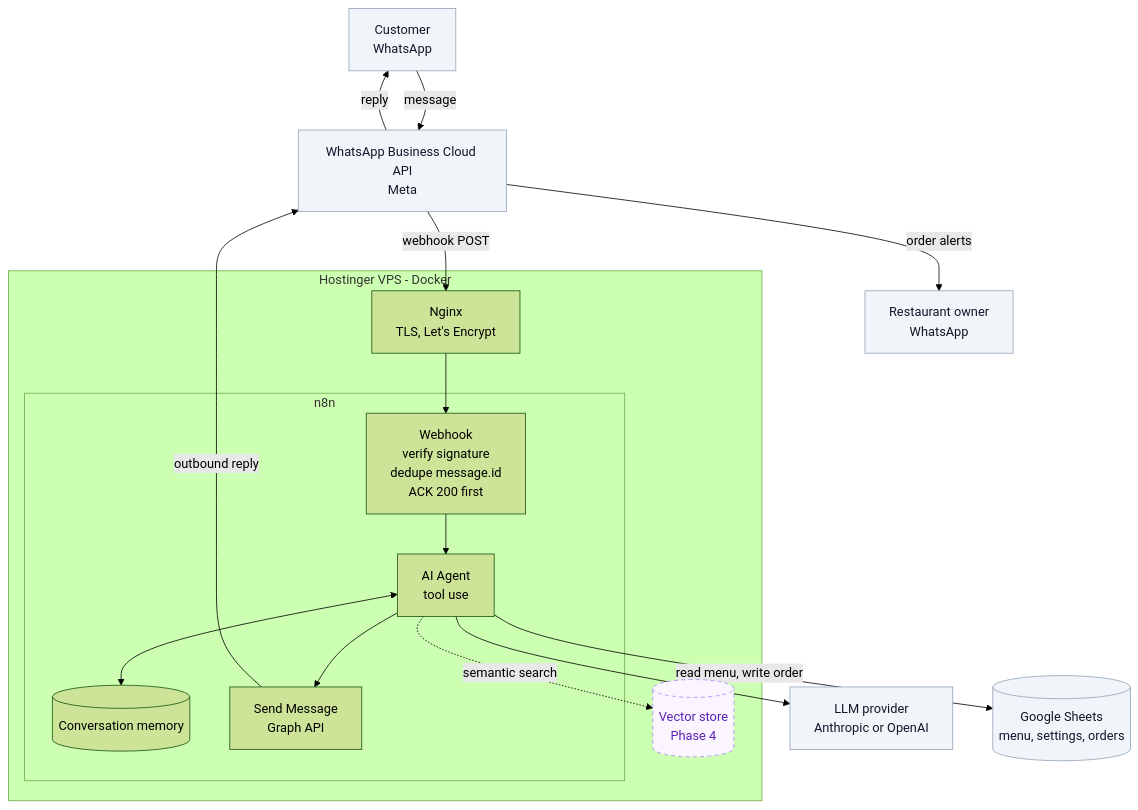
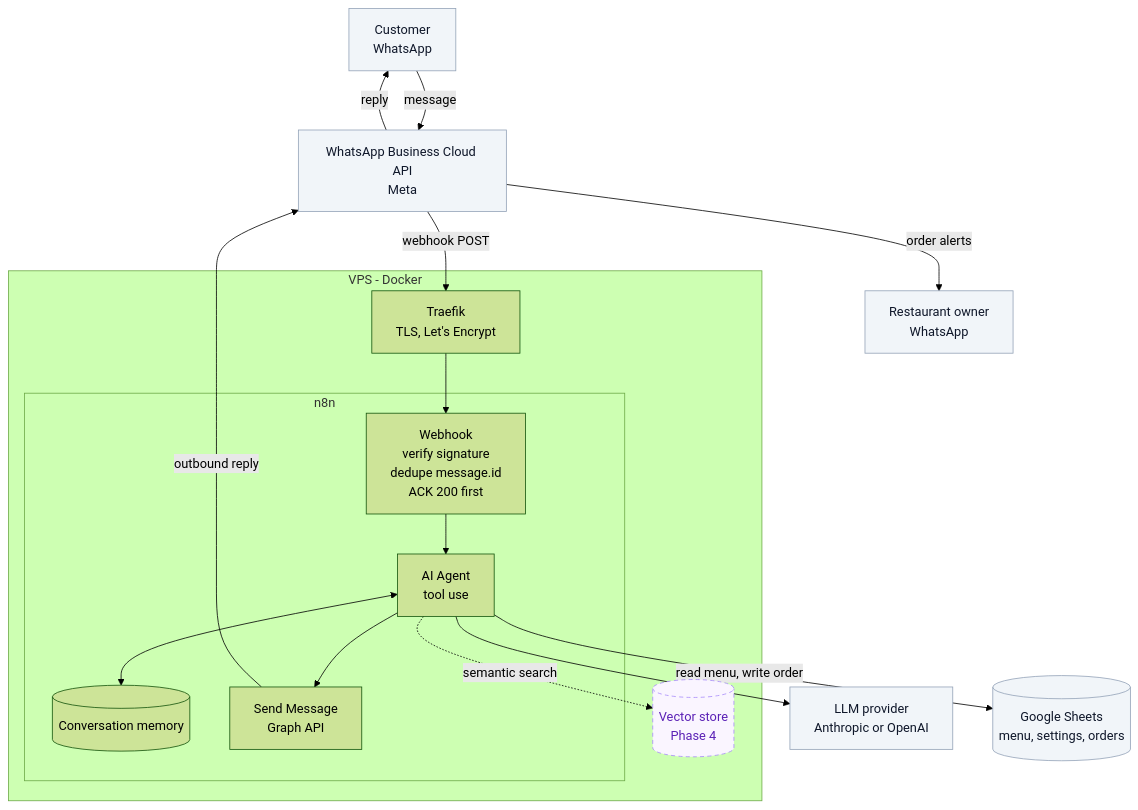
Before and after one commit to caresdev/whatsapp-ai-support-agent: the diagram in README.md, drawn with Mermaid (forest theme). The commit also changed other lines of this file and 4 other files, not shown here.

First line of the commit message:
docs: swap Nginx for Traefik and rename the VPS setup guide

````diff
--- a/README.md
+++ b/README.md
@@ -20,40 +20,40 @@
 ```mermaid
 flowchart TB
     customer["Customer<br/>WhatsApp"]
     owner["Restaurant owner<br/>WhatsApp"]
     meta["WhatsApp Business Cloud API<br/>Meta"]
 
-    subgraph vps["Hostinger VPS - Docker"]
-        nginx["Nginx<br/>TLS, Let's Encrypt"]
+    subgraph vps["VPS - Docker"]
+        traefik["Traefik<br/>TLS, Let's Encrypt"]
 
         subgraph n8n["n8n"]
             webhook["Webhook<br/>verify signature<br/>dedupe message.id<br/>ACK 200 first"]
             agent["AI Agent<br/>tool use"]
             memory[("Conversation memory")]
             send["Send Message<br/>Graph API"]
         end
 
         qdrant[("Vector store<br/>Phase 4")]
     end
 
     llm["LLM provider<br/>Anthropic or OpenAI"]
     sheets[("Google Sheets<br/>menu, settings, orders")]
 
     customer -->|message| meta
-    meta -->|webhook POST| nginx
-    nginx --> webhook
+    meta -->|webhook POST| traefik
+    traefik --> webhook
     webhook --> agent
     agent <--> memory
     agent --> llm
     agent -->|read menu, write order| sheets
     agent -.->|semantic search| qdrant
     agent --> send
     send -->|outbound reply| meta
     meta -->|reply| customer
     meta -->|order alerts| owner
 
     classDef external fill:#f1f5f9,stroke:#94a3b8,color:#0f172a
     classDef phase4 fill:#faf5ff,stroke:#a78bfa,stroke-dasharray:5 4,color:#5b21b6
     class customer,owner,meta,llm,sheets external
     class qdrant phase4
 ```
````
